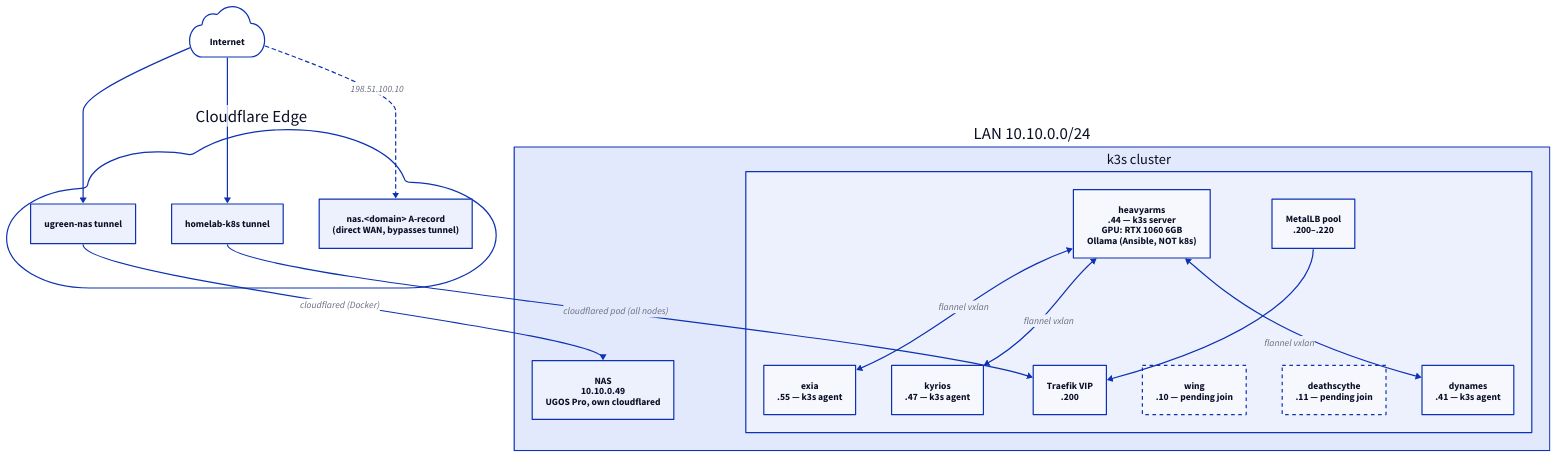
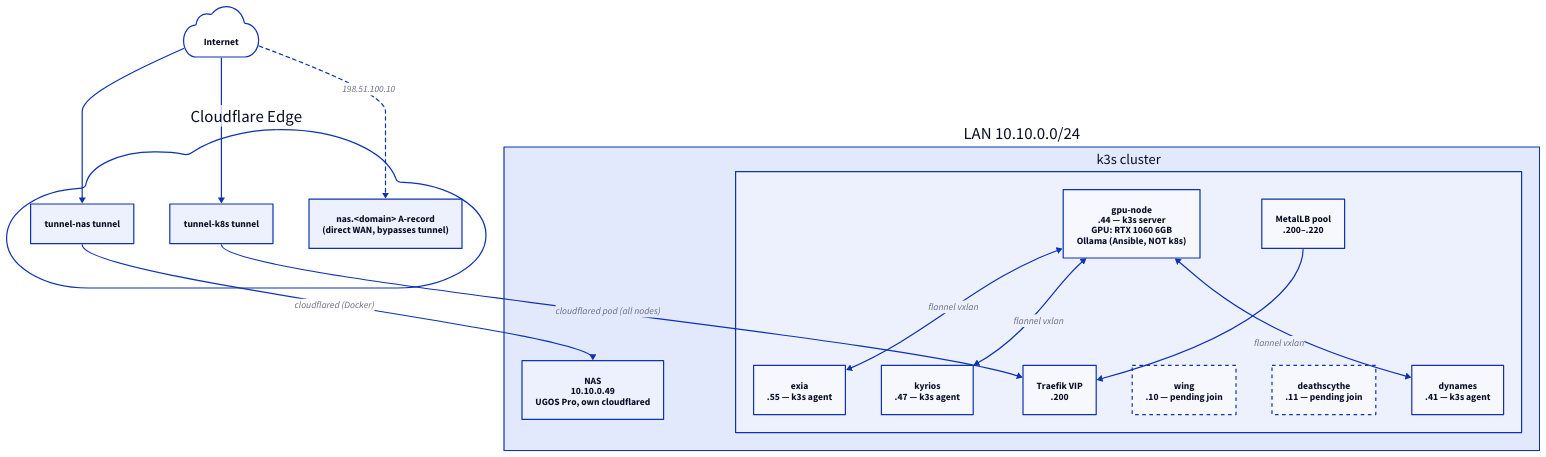
One commit to gardlt/gardltio changed the diagram in static/images/homelab/diagrams/network.d2. Above: the diagram before and after it, drawn with D2. The commit also changed 14 other files, not shown here.

```diff
--- a/static/images/homelab/diagrams/network.d2
+++ b/static/images/homelab/diagrams/network.d2
@@ -1,39 +1,39 @@
 # regenerate: d2 network.d2 network.svg
 # Network topology — LAN nodes, k3s roles, MetalLB range, Cloudflare edge.
 
 internet: Internet {shape: cloud}
 
 cloudflare: Cloudflare Edge {
   shape: cloud
-  tunnel-nas: ugreen-nas tunnel
-  tunnel-k8s: homelab-k8s tunnel
+  tunnel-nas: tunnel-nas tunnel
+  tunnel-k8s: tunnel-k8s tunnel
   wan-record: "nas.<domain> A-record\n(direct WAN, bypasses tunnel)"
 }
 
 internet -> cloudflare.tunnel-nas
 internet -> cloudflare.tunnel-k8s
 internet -> cloudflare.wan-record: "198.51.100.10" {style.stroke-dash: 3}
 
 lan: LAN 10.10.0.0/24 {
   nas: NAS\n10.10.0.49\nUGOS Pro, own cloudflared {shape: rectangle}
 
   k3s: k3s cluster {
-    heavyarms: heavyarms\n.44 — k3s server\nGPU: RTX 1060 6GB\nOllama (Ansible, NOT k8s) {shape: rectangle}
+    gpu-node: gpu-node\n.44 — k3s server\nGPU: RTX 1060 6GB\nOllama (Ansible, NOT k8s) {shape: rectangle}
     exia: exia\n.55 — k3s agent {shape: rectangle}
     kyrios: kyrios\n.47 — k3s agent {shape: rectangle}
     dynames: dynames\n.41 — k3s agent {shape: rectangle}
     wing: wing\n.10 — pending join {shape: rectangle; style.stroke-dash: 3}
     deathscythe: deathscythe\n.11 — pending join {shape: rectangle; style.stroke-dash: 3}
 
     metallb: MetalLB pool\n.200–.220 {shape: rectangle}
     traefik: Traefik VIP\n.200 {shape: rectangle}
 
     metallb -> traefik
-    heavyarms <-> exia: flannel vxlan
-    heavyarms <-> kyrios: flannel vxlan
-    heavyarms <-> dynames: flannel vxlan
+    gpu-node <-> exia: flannel vxlan
+    gpu-node <-> kyrios: flannel vxlan
+    gpu-node <-> dynames: flannel vxlan
   }
 }
 
 cloudflare.tunnel-nas -> lan.nas: cloudflared (Docker)
 cloudflare.tunnel-k8s -> lan.k3s.traefik: cloudflared pod (all nodes)
```
